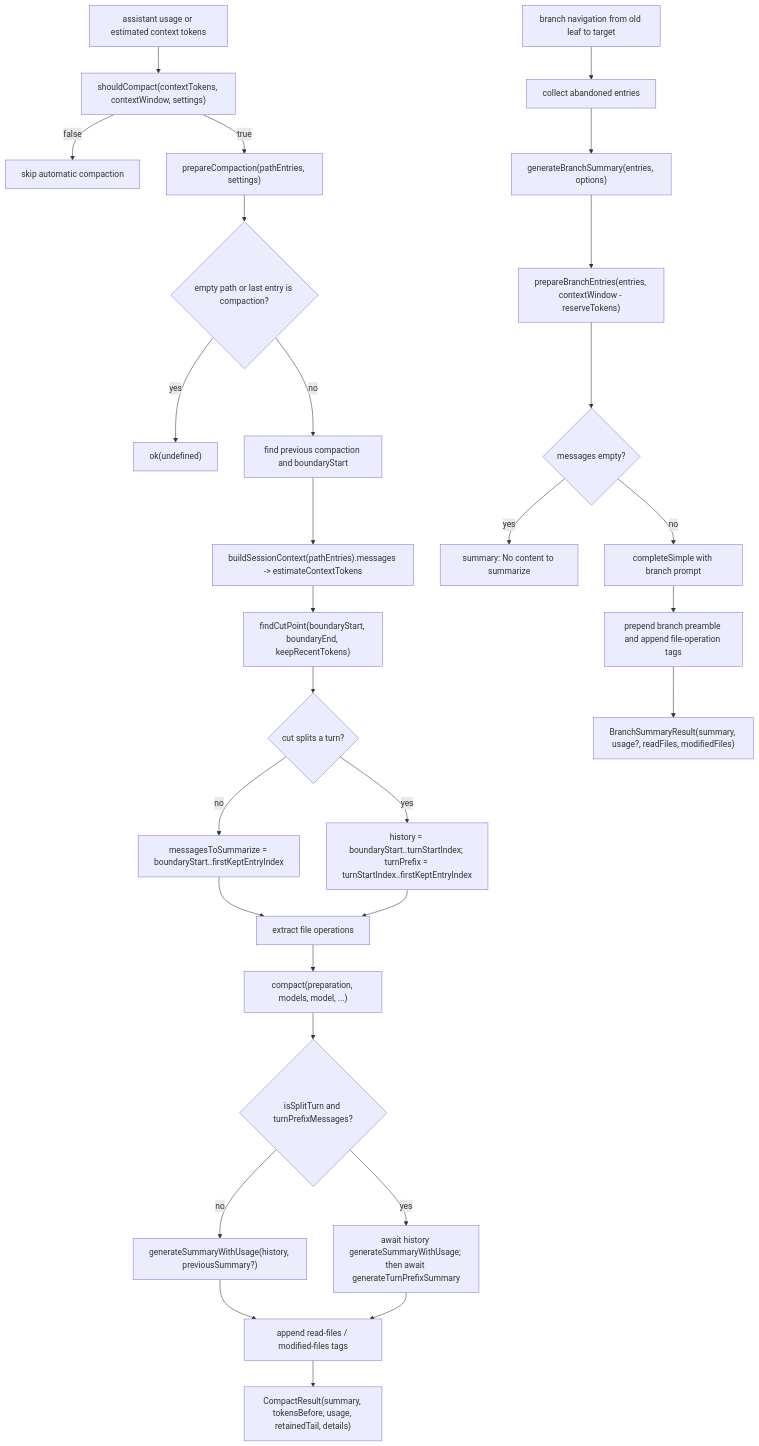
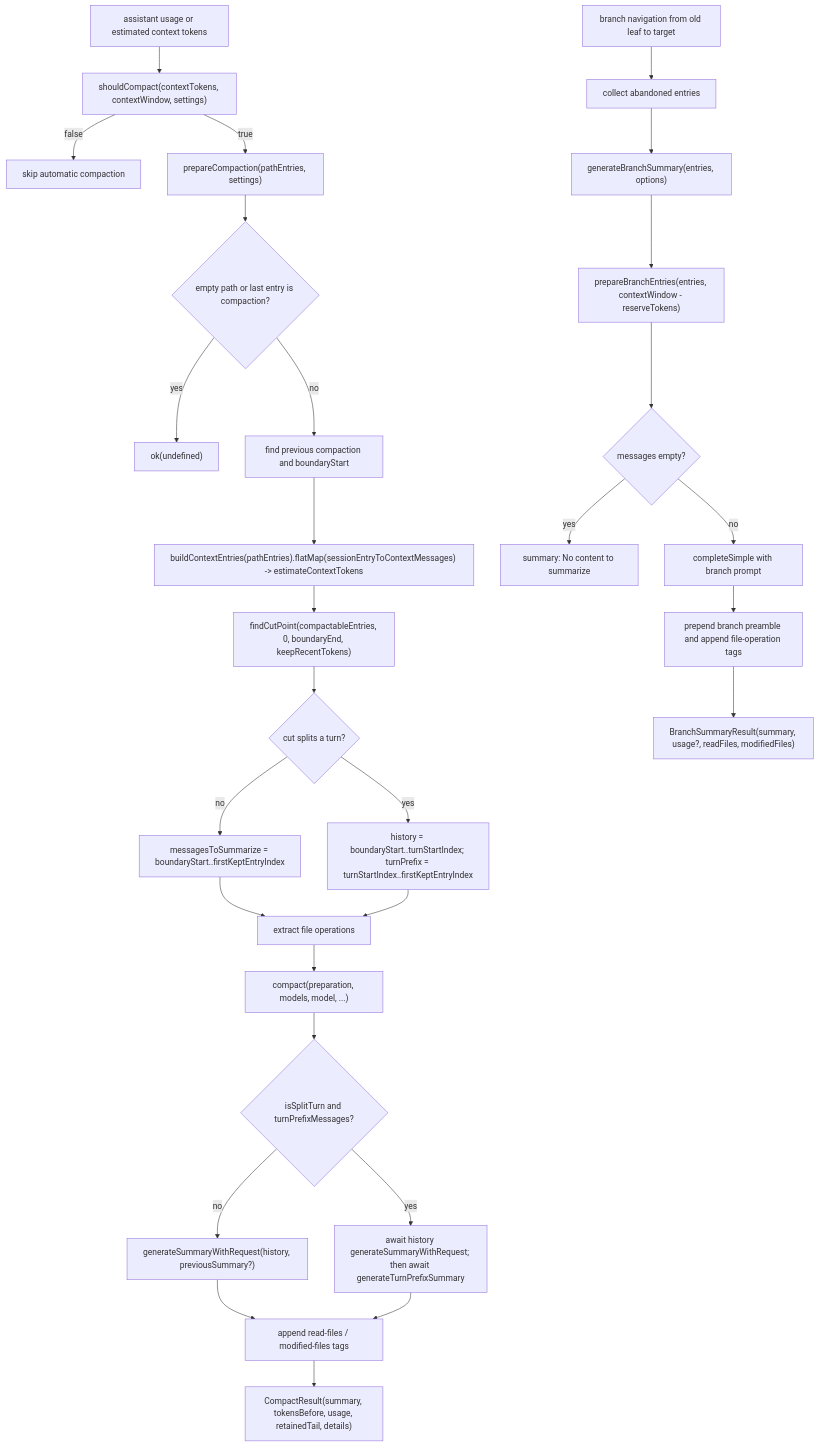
The diagram in docs/llm-wiki/pi/spine/compaction-flow.md (wdnmdtonyma/SOTA-Agent-LLM-Wiki), drawn with Mermaid before and after one commit. The commit also changed other lines of this file and 225 other files, not shown here.

````diff
--- a/docs/llm-wiki/pi/spine/compaction-flow.md
+++ b/docs/llm-wiki/pi/spine/compaction-flow.md
@@ -30,32 +37,32 @@
 ```mermaid
 flowchart TD
-  Usage["assistant usage or estimated context tokens"] --> Gate["shouldCompact(contextTokens, contextWindow, settings)"]
-  Gate -->|false| Noop["skip automatic compaction"]
-  Gate -->|true| Prep["prepareCompaction(pathEntries, settings)"]
-  Prep --> Empty{"empty path or last entry is compaction?"}
-  Empty -->|yes| NoPrep["ok(undefined)"]
-  Empty -->|no| Prev["find previous compaction and boundaryStart"]
-  Prev --> Estimate["buildSessionContext(pathEntries).messages -> estimateContextTokens"]
-  Estimate --> Cut["findCutPoint(boundaryStart, boundaryEnd, keepRecentTokens)"]
-  Cut --> Split{"cut splits a turn?"}
-  Split -->|no| Hist["messagesToSummarize = boundaryStart..firstKeptEntryIndex"]
-  Split -->|yes| HistSplit["history = boundaryStart..turnStartIndex; turnPrefix = turnStartIndex..firstKeptEntryIndex"]
-  Hist --> Ops["extract file operations"]
-  HistSplit --> Ops
-  Ops --> Compact["compact(preparation, models, model, ...)"]
-  Compact --> SplitRun{"isSplitTurn and turnPrefixMessages?"}
-  SplitRun -->|no| Gen["generateSummaryWithUsage(history, previousSummary?)"]
-  SplitRun -->|yes| Dual["await history generateSummaryWithUsage; then await generateTurnPrefixSummary"]
-  Gen --> Files["append read-files / modified-files tags"]
-  Dual --> Files
-  Files --> Result["CompactResult(summary, tokensBefore, usage, retainedTail, details)"]
+ Usage["assistant usage or estimated context tokens"] --> Gate["shouldCompact(contextTokens, contextWindow, settings)"]
+ Gate -->|false| Noop["skip automatic compaction"]
+ Gate -->|true| Prep["prepareCompaction(pathEntries, settings)"]
+ Prep --> Empty{"empty path or last entry is compaction?"}
+ Empty -->|yes| NoPrep["ok(undefined)"]
+ Empty -->|no| Prev["find previous compaction and boundaryStart"]
+ Prev --> Estimate["buildContextEntries(pathEntries).flatMap(sessionEntryToContextMessages) -> estimateContextTokens"]
+ Estimate --> Cut["findCutPoint(compactableEntries, 0, boundaryEnd, keepRecentTokens)"]
+ Cut --> Split{"cut splits a turn?"}
+ Split -->|no| Hist["messagesToSummarize = boundaryStart..firstKeptEntryIndex"]
+ Split -->|yes| HistSplit["history = boundaryStart..turnStartIndex; turnPrefix = turnStartIndex..firstKeptEntryIndex"]
+ Hist --> Ops["extract file operations"]
+ HistSplit --> Ops
+ Ops --> Compact["compact(preparation, models, model, ...)"]
+ Compact --> SplitRun{"isSplitTurn and turnPrefixMessages?"}
+ SplitRun -->|no| Gen["generateSummaryWithRequest(history, previousSummary?)"]
+ SplitRun -->|yes| Dual["await history generateSummaryWithRequest; then await generateTurnPrefixSummary"]
+ Gen --> Files["append read-files / modified-files tags"]
+ Dual --> Files
+ Files --> Result["CompactResult(summary, tokensBefore, usage, retainedTail, details)"]
 
-  BranchNav["branch navigation from old leaf to target"] --> Collect["collect abandoned entries"]
-  Collect --> BranchGen["generateBranchSummary(entries, options)"]
-  BranchGen --> BranchPrep["prepareBranchEntries(entries, contextWindow - reserveTokens)"]
-  BranchPrep --> BranchEmpty{"messages empty?"}
-  BranchEmpty -->|yes| BranchNoop["summary: No content to summarize"]
-  BranchEmpty -->|no| BranchLLM["completeSimple with branch prompt"]
-  BranchLLM --> BranchFiles["prepend branch preamble and append file-operation tags"]
-  BranchFiles --> BranchResult["BranchSummaryResult(summary, usage?, readFiles, modifiedFiles)"]
+ BranchNav["branch navigation from old leaf to target"] --> Collect["collect abandoned entries"]
+ Collect --> BranchGen["generateBranchSummary(entries, options)"]
+ BranchGen --> BranchPrep["prepareBranchEntries(entries, contextWindow - reserveTokens)"]
+ BranchPrep --> BranchEmpty{"messages empty?"}
+ BranchEmpty -->|yes| BranchNoop["summary: No content to summarize"]
+ BranchEmpty -->|no| BranchLLM["completeSimple with branch prompt"]
+ BranchLLM --> BranchFiles["prepend branch preamble and append file-operation tags"]
+ BranchFiles --> BranchResult["BranchSummaryResult(summary, usage?, readFiles, modifiedFiles)"]
 ```
````
